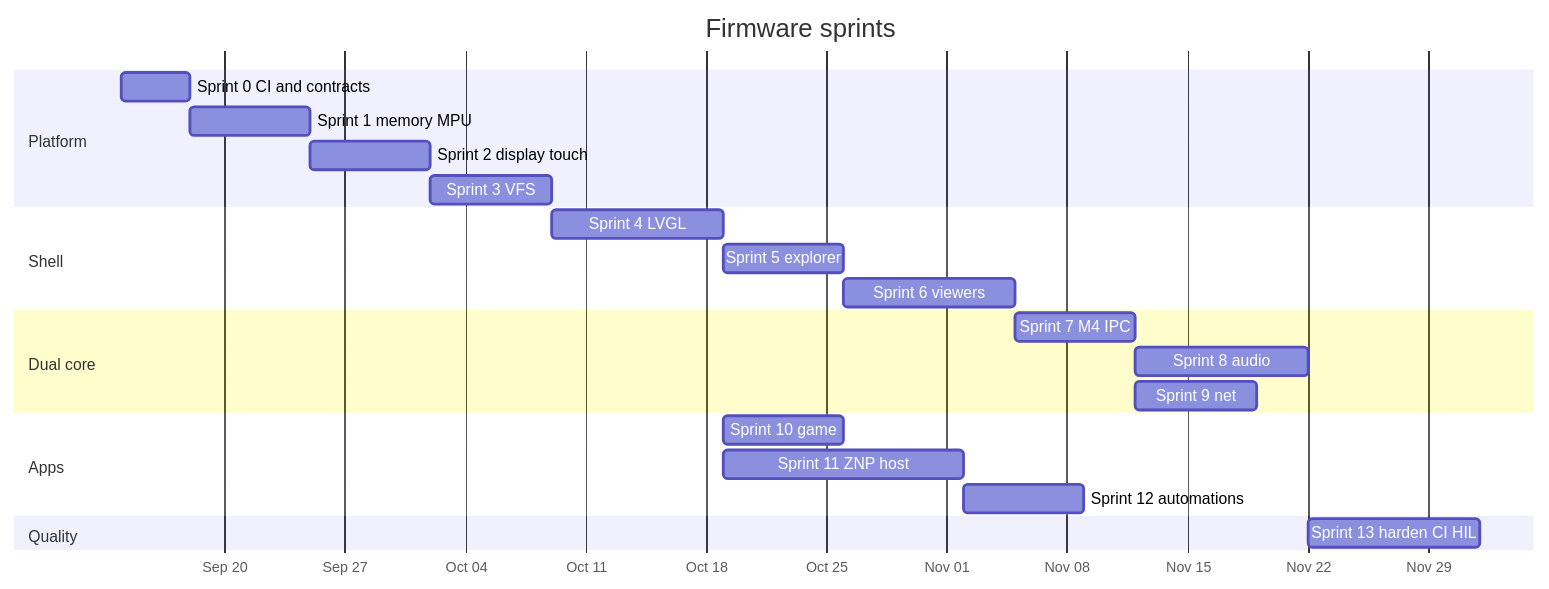
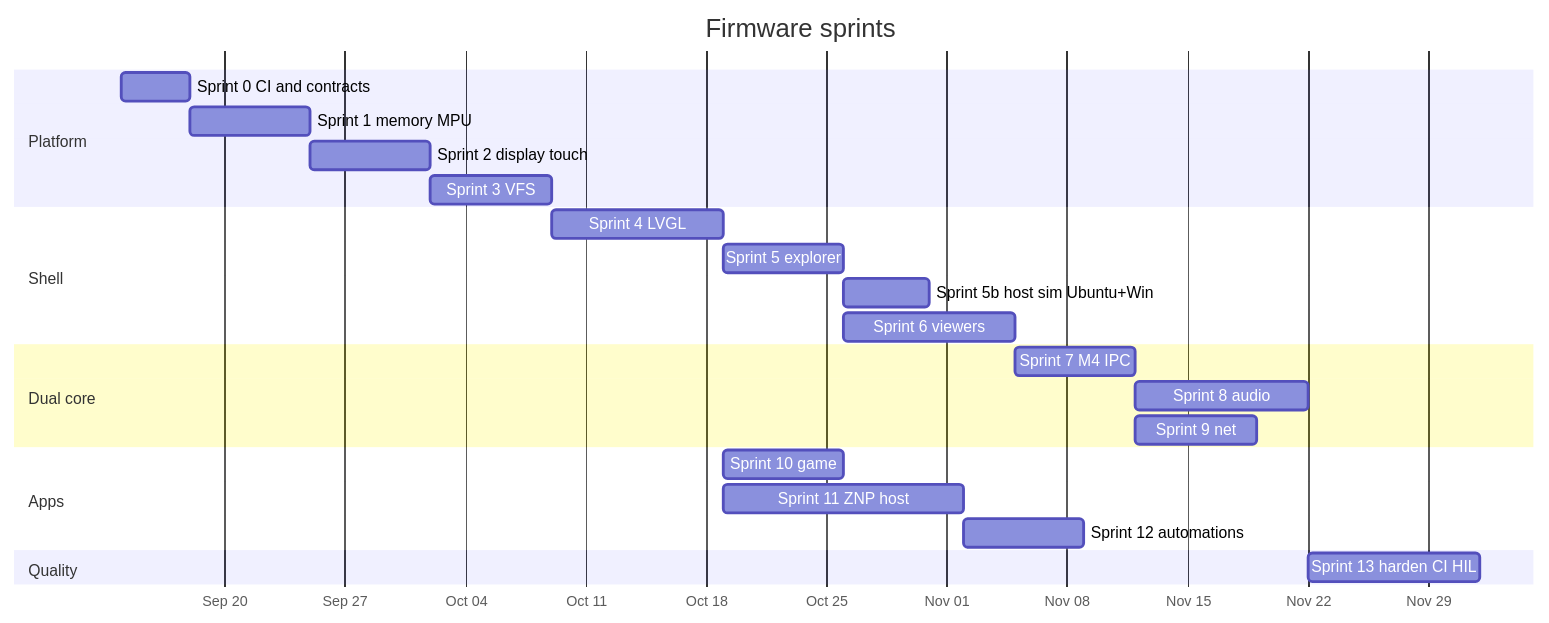
One commit to vanbuong/stm32h745-disco changed the second of 2 diagrams in doc/Plan.md. Above: the diagram before and after it, drawn with Mermaid. The commit also changed other lines of this file and 4 other files, not shown here.

First line of the commit message:
Plan Sprint 5b: host LVGL simulator on Ubuntu and Windows

````diff
--- a/doc/Plan.md
+++ b/doc/Plan.md
@@ -75,25 +78,26 @@
 ```mermaid
 gantt
   title Firmware sprints
   dateFormat  YYYY-MM-DD
   axisFormat  %b %d
   section Platform
   Sprint 0 CI and contracts     :s0, 2026-09-14, 4d
   Sprint 1 memory MPU           :s1, after s0, 7d
   Sprint 2 display touch        :s2, after s1, 7d
   Sprint 3 VFS                  :s3, after s2, 7d
   section Shell
   Sprint 4 LVGL                 :s4, after s3, 10d
   Sprint 5 explorer             :s5, after s4, 7d
+  Sprint 5b host sim Ubuntu+Win :s5b, after s5, 5d
   Sprint 6 viewers              :s6, after s5, 10d
   section Dual core
   Sprint 7 M4 IPC               :s7, after s6, 7d
   Sprint 8 audio                :s8, after s7, 10d
   Sprint 9 net                  :s9, after s7, 7d
   section Apps
   Sprint 10 game                :s10, after s4, 7d
   Sprint 11 ZNP host            :s11, after s4, 14d
   Sprint 12 automations         :s12, after s11, 7d
   section Quality
   Sprint 13 harden CI HIL       :s13, after s8, 10d
 ```
````
